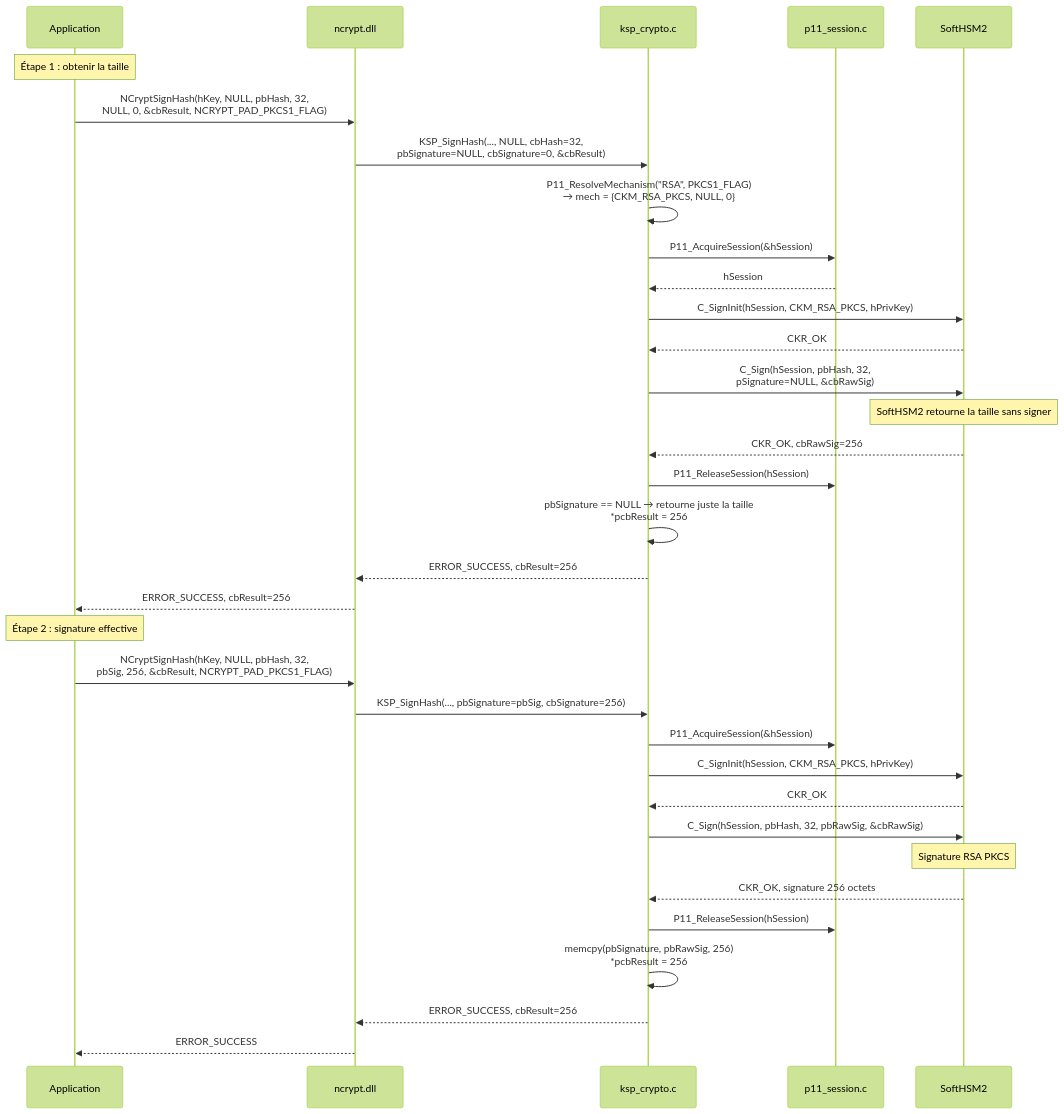
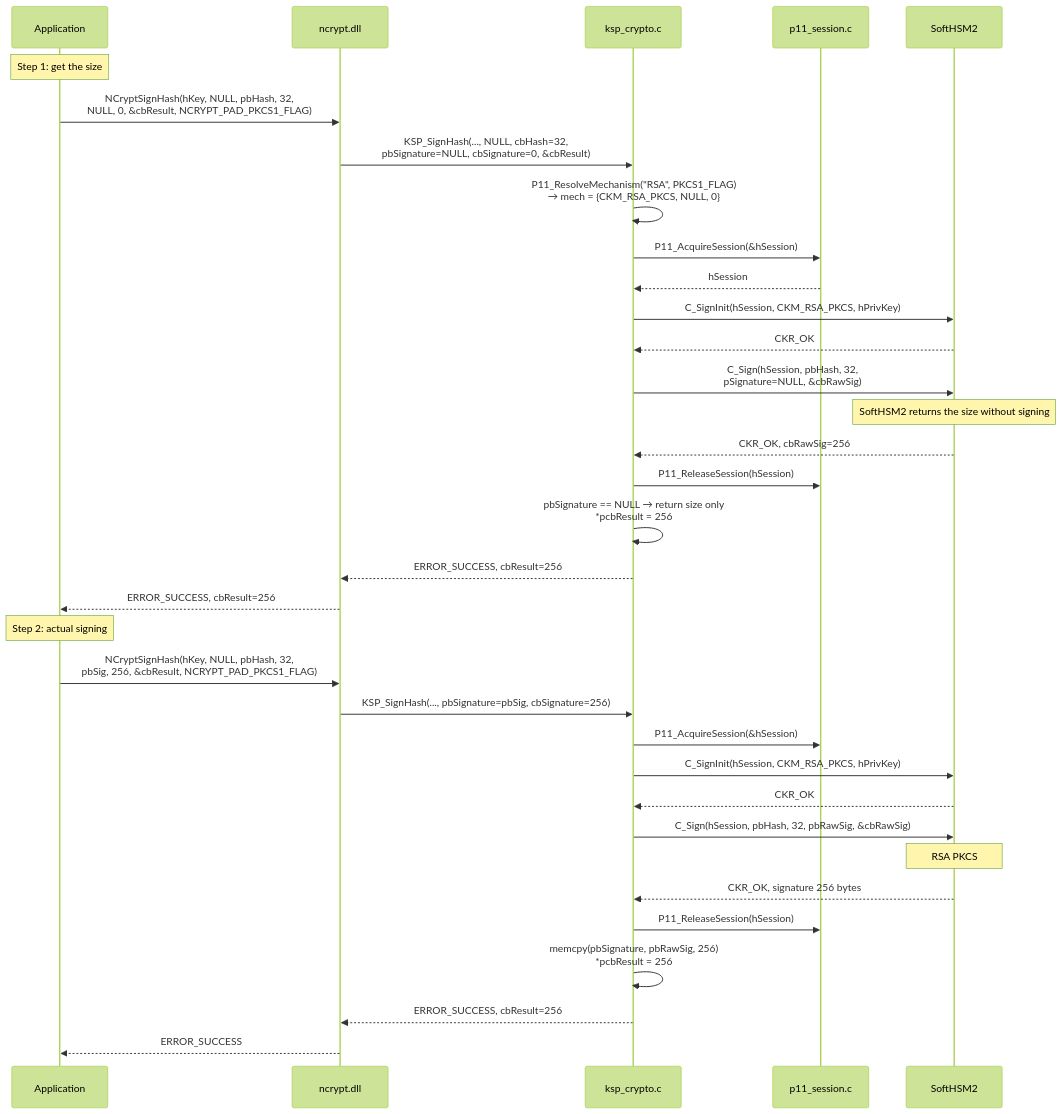
Before and after one commit to Gaillotte/Noida: the first of 7 diagrams in softhsm_ksp/docs/04-operations-crypto.md, drawn with Mermaid (forest theme). The commit also changed other lines of this file and 9 other files, not shown here.

````diff
--- a/softhsm_ksp/docs/04-operations-crypto.md
+++ b/softhsm_ksp/docs/04-operations-crypto.md
@@ -23,52 +23,52 @@
 ```mermaid
 sequenceDiagram
     participant App as Application
     participant NCrypt as ncrypt.dll
     participant KSP as ksp_crypto.c
     participant Session as p11_session.c
     participant HSM as SoftHSM2
 
-    note over App: Étape 1 : obtenir la taille
+    note over App: Step 1: get the size
 
     App->>NCrypt: NCryptSignHash(hKey, NULL, pbHash, 32,<br/>NULL, 0, &cbResult, NCRYPT_PAD_PKCS1_FLAG)
     NCrypt->>KSP: KSP_SignHash(..., NULL, cbHash=32,<br/>pbSignature=NULL, cbSignature=0, &cbResult)
 
     KSP->>KSP: P11_ResolveMechanism("RSA", PKCS1_FLAG)<br/>→ mech = {CKM_RSA_PKCS, NULL, 0}
 
     KSP->>Session: P11_AcquireSession(&hSession)
     Session-->>KSP: hSession
 
     KSP->>HSM: C_SignInit(hSession, CKM_RSA_PKCS, hPrivKey)
     HSM-->>KSP: CKR_OK
 
     KSP->>HSM: C_Sign(hSession, pbHash, 32,<br/>pSignature=NULL, &cbRawSig)
-    note over HSM: SoftHSM2 retourne la taille sans signer
+    note over HSM: SoftHSM2 returns the size without signing
     HSM-->>KSP: CKR_OK, cbRawSig=256
 
     KSP->>Session: P11_ReleaseSession(hSession)
 
-    KSP->>KSP: pbSignature == NULL → retourne juste la taille<br/>*pcbResult = 256
+    KSP->>KSP: pbSignature == NULL → return size only<br/>*pcbResult = 256
     KSP-->>NCrypt: ERROR_SUCCESS, cbResult=256
     NCrypt-->>App: ERROR_SUCCESS, cbResult=256
 
-    note over App: Étape 2 : signature effective
+    note over App: Step 2: actual signing
 
     App->>NCrypt: NCryptSignHash(hKey, NULL, pbHash, 32,<br/>pbSig, 256, &cbResult, NCRYPT_PAD_PKCS1_FLAG)
     NCrypt->>KSP: KSP_SignHash(..., pbSignature=pbSig, cbSignature=256)
 
     KSP->>Session: P11_AcquireSession(&hSession)
 
     KSP->>HSM: C_SignInit(hSession, CKM_RSA_PKCS, hPrivKey)
     HSM-->>KSP: CKR_OK
 
     KSP->>HSM: C_Sign(hSession, pbHash, 32, pbRawSig, &cbRawSig)
-    note over HSM: Signature RSA PKCS#1 v1.5<br/>Résultat = RSASP1(privKey, EM)<br/>EM = 0x00 0x01 0xFF...FF 0x00 DigestInfo || hash
-    HSM-->>KSP: CKR_OK, signature 256 octets
+    note over HSM: RSA PKCS#1 v1.5 signature<br/>Result = RSASP1(privKey, EM)<br/>EM = 0x00 0x01 0xFF...FF 0x00 DigestInfo || hash
+    HSM-->>KSP: CKR_OK, signature 256 bytes
 
     KSP->>Session: P11_ReleaseSession(hSession)
 
     KSP->>KSP: memcpy(pbSignature, pbRawSig, 256)<br/>*pcbResult = 256
 
     KSP-->>NCrypt: ERROR_SUCCESS, cbResult=256
     NCrypt-->>App: ERROR_SUCCESS
 ```
````
